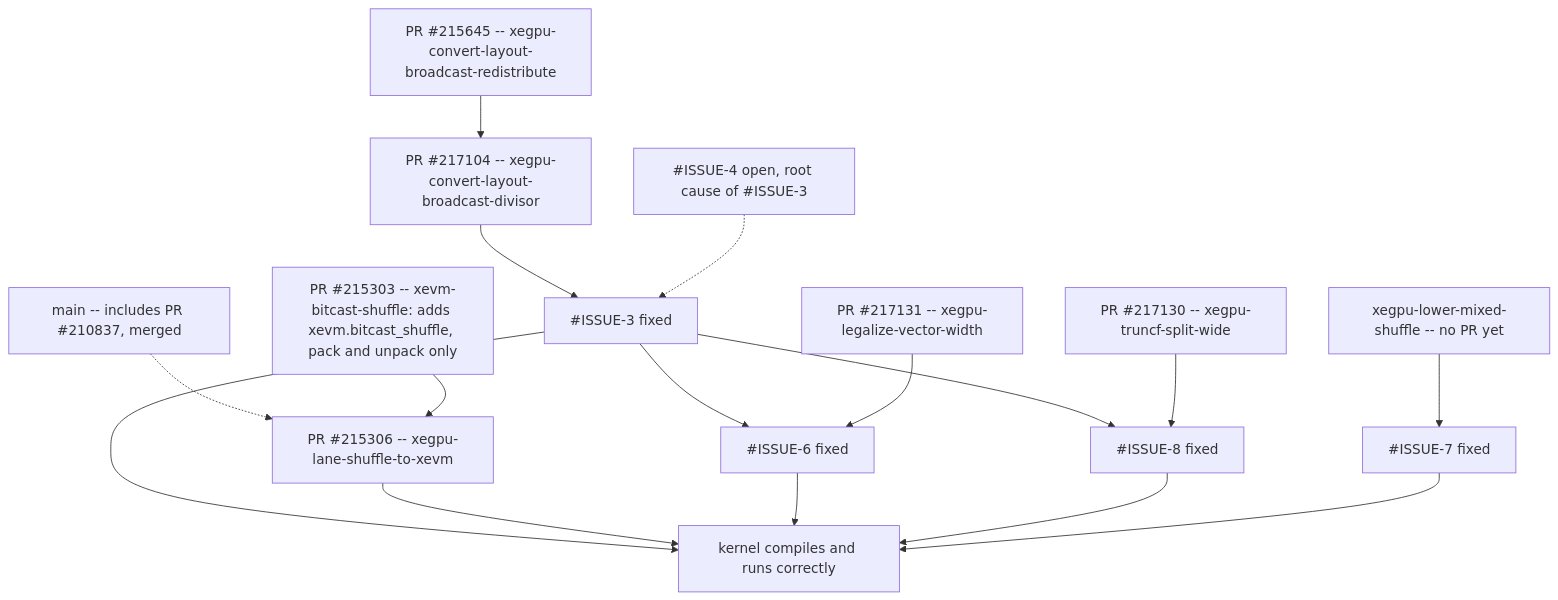
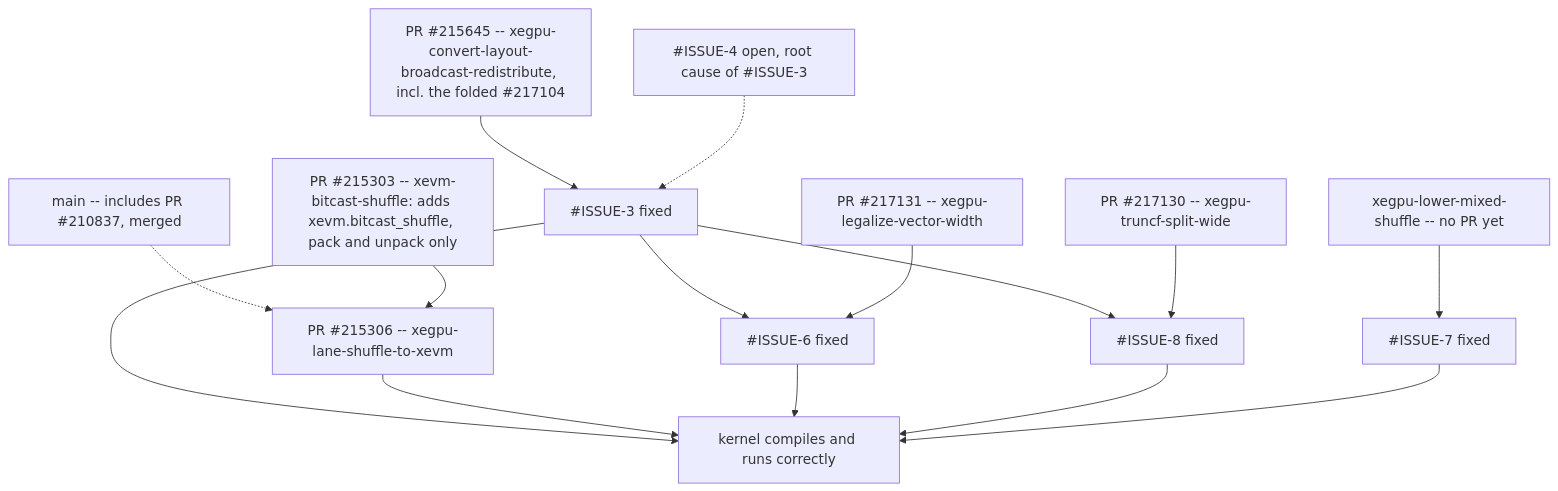
One commit to silee2/llvm-project changed the diagram in 1-tracking-quantizeA_F4-lowering.md. Above: the diagram before and after it, drawn with Mermaid. The commit also changed other lines of this file and 7 other files, not shown here.

````diff
--- a/1-tracking-quantizeA_F4-lowering.md
+++ b/1-tracking-quantizeA_F4-lowering.md
@@ -113,33 +114,31 @@
 ```mermaid
 graph TD
     MAIN["main -- includes PR #210837, merged"]
     P215303["PR #215303 -- xevm-bitcast-shuffle: adds xevm.bitcast_shuffle, pack and unpack only"]
     P215306["PR #215306 -- xegpu-lane-shuffle-to-xevm"]
-    P215645["PR #215645 -- xegpu-convert-layout-broadcast-redistribute"]
-    DIV["PR #217104 -- xegpu-convert-layout-broadcast-divisor"]
+    P215645["PR #215645 -- xegpu-convert-layout-broadcast-redistribute, incl. the folded #217104"]
     T["PR #217130 -- xegpu-truncf-split-wide"]
     I8["#ISSUE-8 fixed"]
     W["PR #217131 -- xegpu-legalize-vector-width"]
     S["xegpu-lower-mixed-shuffle -- no PR yet"]
     I3["#ISSUE-3 fixed"]
     I4["#ISSUE-4 open, root cause of #ISSUE-3"]
     I6["#ISSUE-6 fixed"]
     I7["#ISSUE-7 fixed"]
     K["kernel compiles and runs correctly"]
 
     MAIN -.-> P215306
     P215303 --> P215306
-    P215645 --> DIV
-    DIV --> I3
+    P215645 --> I3
     I4 -.-> I3
     I3 --> I6
     W --> I6
     S --> I7
     I3 --> I8
     T --> I8
     I3 --> K
     P215306 --> K
     I6 --> K
     I8 --> K
     I7 --> K
 ```
````
